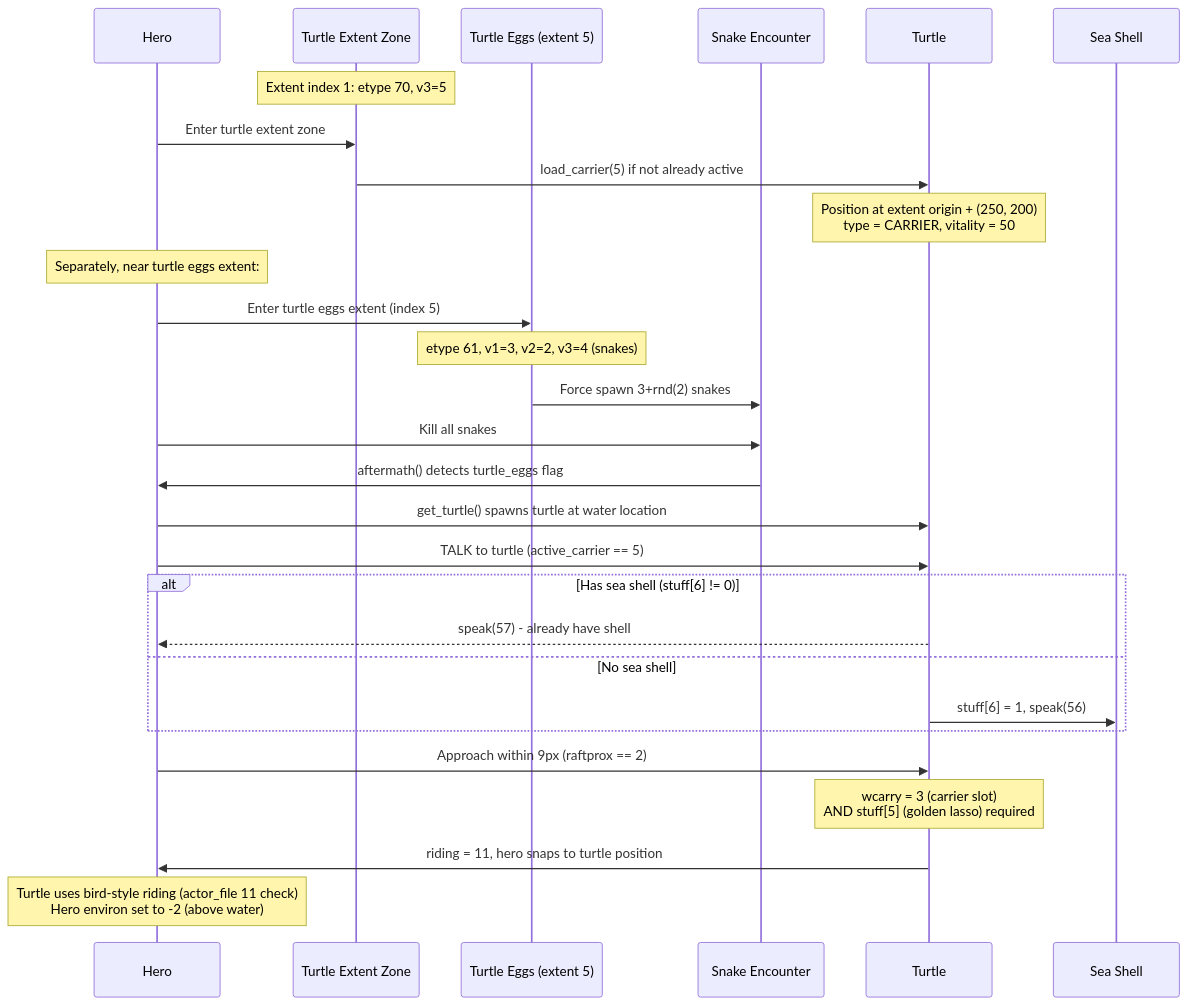
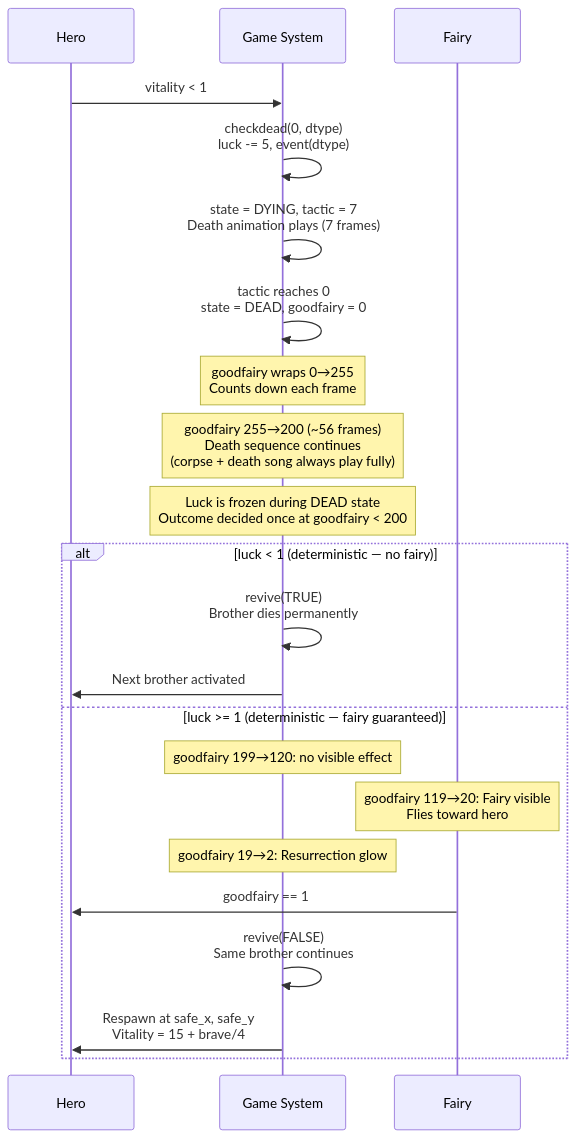
One commit to bacomatic/faery-tale-rs changed diagram 20 of 24 in docs/STORYLINE.md. Above: the diagram before and after it, drawn with Mermaid. The commit also changed other lines of this file and 6 other files, not shown here.

````diff
--- a/docs/STORYLINE.md
+++ b/docs/STORYLINE.md
@@ -1093,34 +765,29 @@
 ```mermaid
 sequenceDiagram
     participant Hero
-    participant Extent as Turtle Extent Zone
-    participant Eggs as Turtle Eggs (extent 5)
-    participant Snakes as Snake Encounter
-    participant Turtle
-    participant Shell as Sea Shell
+    participant System as Game System
+    participant Fairy
 
-    Note over Extent: Extent index 1: etype 70, v3=5
-    Hero->>Extent: Enter turtle extent zone
-    Extent->>Turtle: load_carrier(5) if not already active
-    Note over Turtle: Position at extent origin + (250, 200)<br/>type = CARRIER, vitality = 50
+    Hero->>System: vitality < 1
+    System->>System: checkdead(0, dtype)<br>luck -= 5, event(dtype)
+    System->>System: state = DYING, tactic = 7<br>Death animation plays (7 frames)
+    System->>System: tactic reaches 0<br>state = DEAD, goodfairy = 0
 
-    Note over Hero: Separately, near turtle eggs extent:
-    Hero->>Eggs: Enter turtle eggs extent (index 5)
-    Note over Eggs: etype 61, v1=3, v2=2, v3=4 (snakes)
-    Eggs->>Snakes: Force spawn 3+rnd(2) snakes
-    Hero->>Snakes: Kill all snakes
-    Snakes->>Hero: aftermath() detects turtle_eggs flag
-    Hero->>Turtle: get_turtle() spawns turtle at water location
+    Note over System: goodfairy wraps 0→255<br>Counts down each frame
 
-    Hero->>Turtle: TALK to turtle (active_carrier == 5)
-    alt Has sea shell (stuff[6] != 0)
-        Turtle-->>Hero: speak(57) - already have shell
-    else No sea shell
-        Turtle->>Shell: stuff[6] = 1, speak(56)
+    Note over System: goodfairy 255→200 (~56 frames)<br>Death sequence continues<br>(corpse + death song always play fully)
+
+    Note over System: Luck is frozen during DEAD state<br>Outcome decided once at goodfairy < 200
+
+    alt luck < 1 (deterministic — no fairy)
+        System->>System: revive(TRUE)<br>Brother dies permanently
+        System->>Hero: Next brother activated
+    else luck >= 1 (deterministic — fairy guaranteed)
+        Note over System: goodfairy 199→120: no visible effect
+        Note over Fairy: goodfairy 119→20: Fairy visible<br>Flies toward hero
+        Note over System: goodfairy 19→2: Resurrection glow
+        Fairy->>Hero: goodfairy == 1
+        System->>System: revive(FALSE)<br>Same brother continues
+        System->>Hero: Respawn at safe_x, safe_y<br>Vitality = 15 + brave/4
     end
-
-    Hero->>Turtle: Approach within 9px (raftprox == 2)
-    Note over Turtle: wcarry = 3 (carrier slot)<br/>AND stuff[5] (golden lasso) required
-    Turtle->>Hero: riding = 11, hero snaps to turtle position
-    Note over Hero: Turtle uses bird-style riding (actor_file 11 check)<br/>Hero environ set to -2 (above water)
 ```
````
